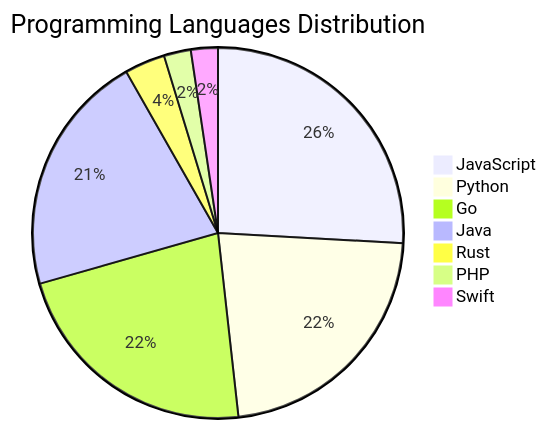
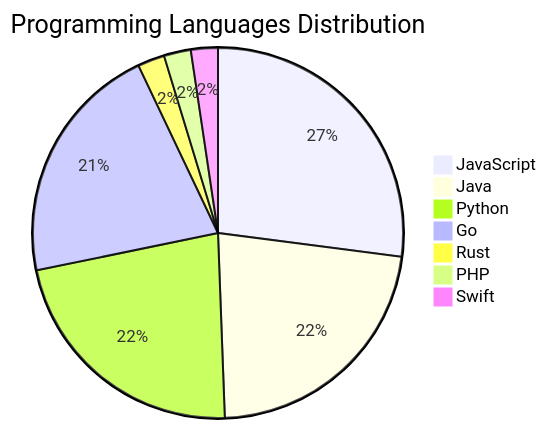
The diagram in README.md (Derrick-MUGISHA/github-activity-bot), drawn with Mermaid before and after one commit. The commit also changed other lines of this file and 3 other files, not shown here.

````diff
--- a/README.md
+++ b/README.md
@@ -73,10 +73,10 @@
 ```mermaid
 pie title Programming Languages Distribution
-    "JavaScript" : 22
+    "JavaScript" : 23
+    "Java" : 19
     "Python" : 19
-    "Go" : 19
-    "Java" : 18
-    "Rust" : 3
+    "Go" : 18
+    "Rust" : 2
     "PHP" : 2
     "Swift" : 2
 ```
````
